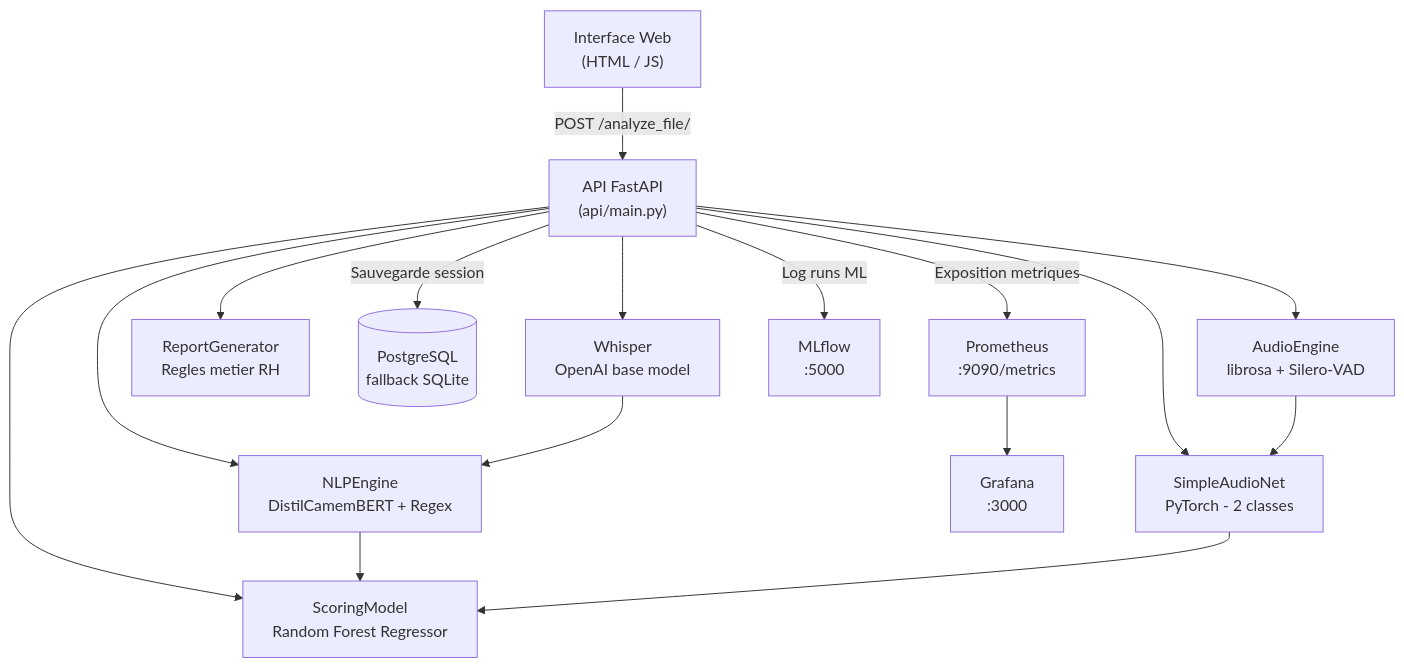
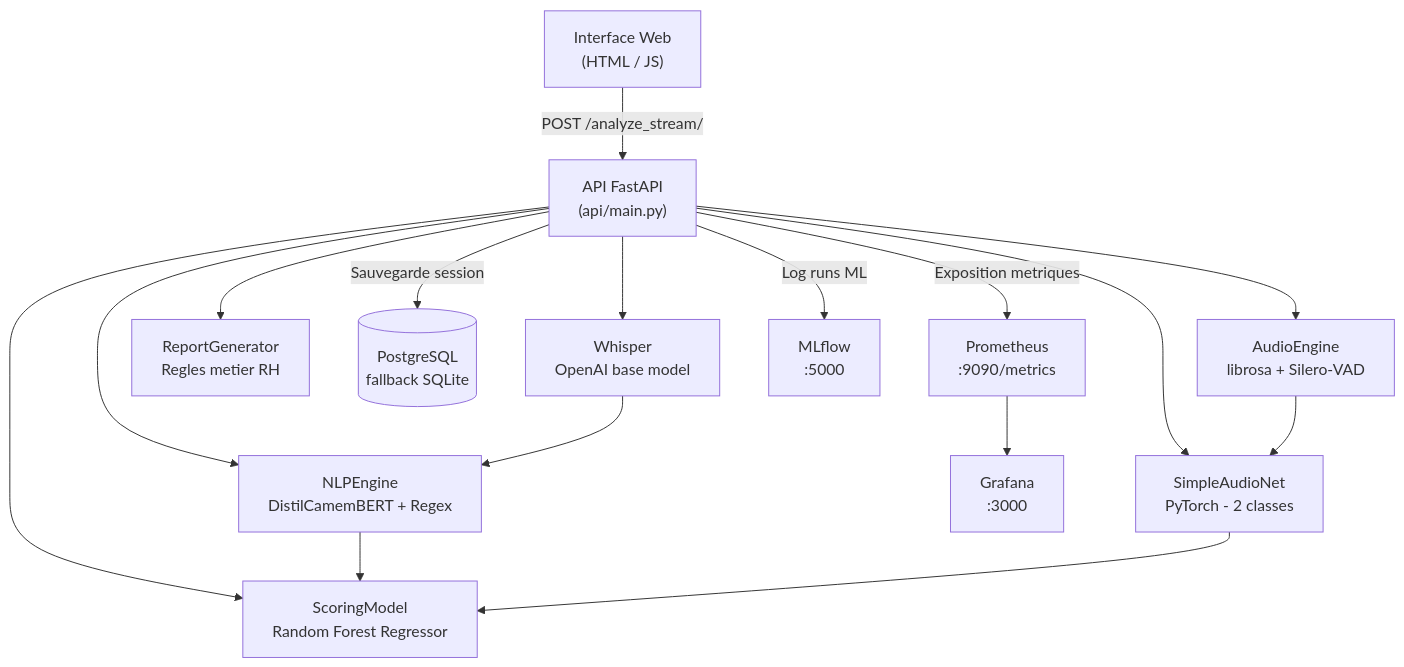
Before and after one commit to jaderld/pro8605: the diagram in README.md, drawn with Mermaid. The commit also changed other lines of this file and 25 other files, not shown here.

````diff
--- a/README.md
+++ b/README.md
@@ -184,18 +184,18 @@
 ```mermaid
 flowchart TD
-  A["Interface Web\n(HTML / JS)"] -->|"POST /analyze_file/"| B["API FastAPI\n(api/main.py)"]
+  A["Interface Web\n(HTML / JS)"] -->|"POST /analyze_stream/"| B["API FastAPI\n(api/main.py)"]
   B --> C["AudioEngine\nlibrosa + Silero-VAD"]
   B --> D["Whisper\nOpenAI base model"]
   B --> E["NLPEngine\nDistilCamemBERT + Regex"]
   B --> F["SimpleAudioNet\nPyTorch - 2 classes"]
   B --> G["ScoringModel\nRandom Forest Regressor"]
   B --> H["ReportGenerator\nRegles metier RH"]
   C --> F
   D --> E
   E --> G
   F --> G
   B -->|"Sauvegarde session"| I[("PostgreSQL\nfallback SQLite")]
   B -->|"Exposition metriques"| J["Prometheus\n:9090/metrics"]
   J --> K["Grafana\n:3000"]
   B -->|"Log runs ML"| L["MLflow\n:5000"]
 ```
````
